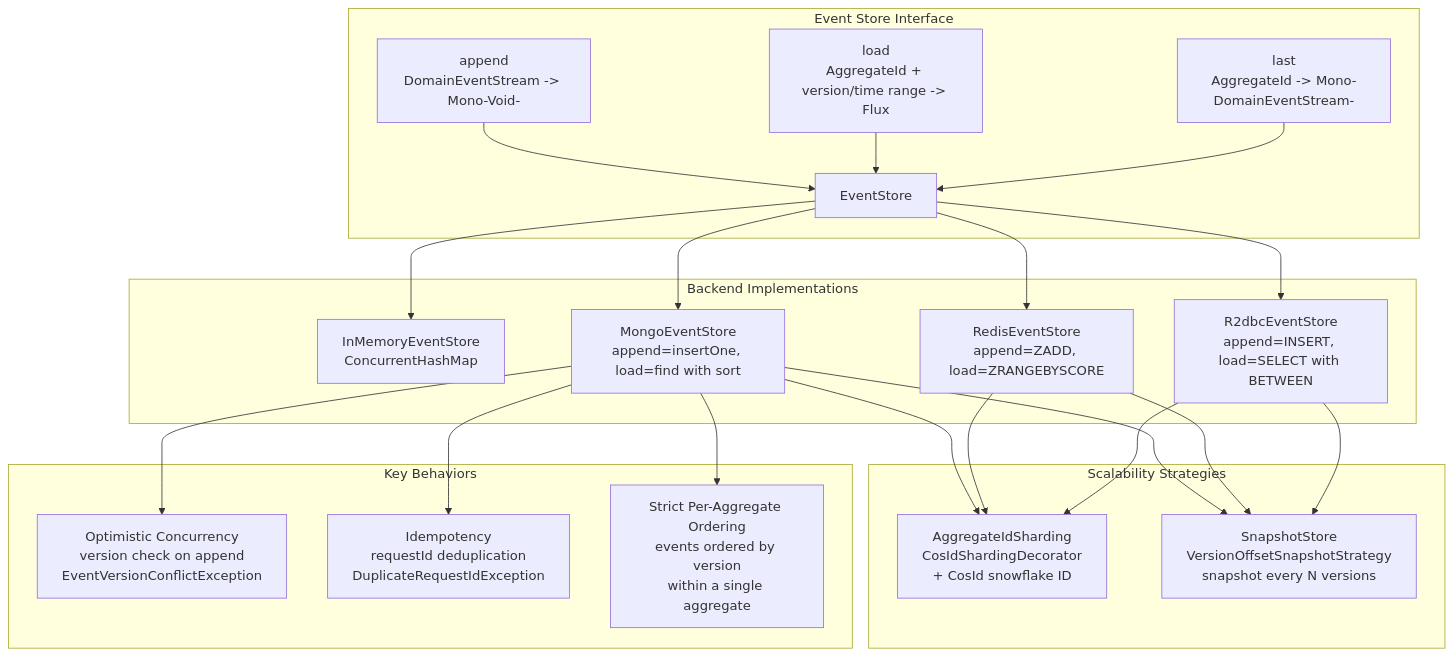
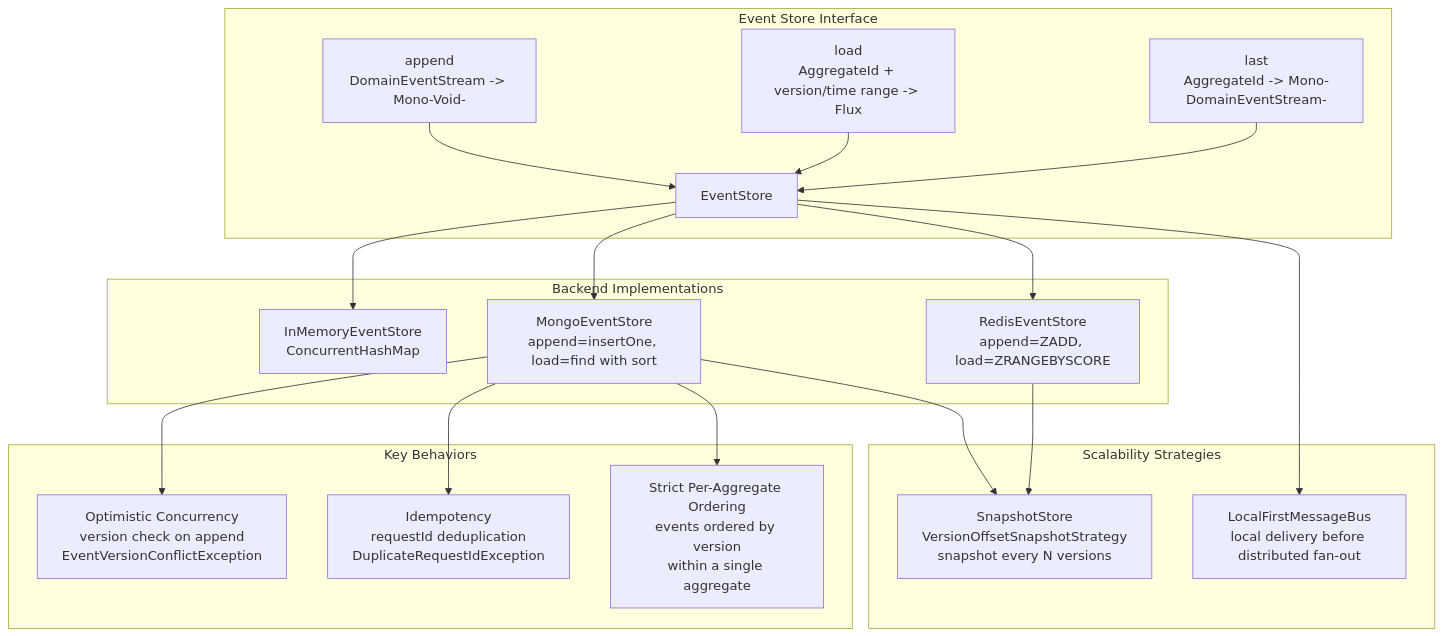
Before and after one commit to Ahoo-Wang/Wow: the fourth of 4 diagrams in documentation/docs/en/onboarding/staff-engineer-guide.md, drawn with Mermaid. The commit also changed other lines of this file and 92 other files, not shown here.

Commit message:
refactor: remove r2dbc and core sharding

````diff
--- a/documentation/docs/en/onboarding/staff-engineer-guide.md
+++ b/documentation/docs/en/onboarding/staff-engineer-guide.md
@@ -498,45 +488,40 @@
 ```mermaid
 flowchart TB
     subgraph "Event Store Interface"
         ESI[EventStore]
         API_A[append<br>DomainEventStream -> Mono-Void-]
         API_L[load<br>AggregateId + version/time range -> Flux]
         API_S[last<br>AggregateId -> Mono-DomainEventStream-]
     end
 
     subgraph "Backend Implementations"
         IM[InMemoryEventStore<br>ConcurrentHashMap]
         MONGO_ES[MongoEventStore<br>append=insertOne, load=find with sort]
         REDIS_ES[RedisEventStore<br>append=ZADD, load=ZRANGEBYSCORE]
-        R2DBC_ES[R2dbcEventStore<br>append=INSERT, load=SELECT with BETWEEN]
     end
 
     subgraph "Scalability Strategies"
-        SHARD[AggregateIdSharding<br>CosIdShardingDecorator<br>+ CosId snowflake ID]
         SNAP[SnapshotStore<br>VersionOffsetSnapshotStrategy<br>snapshot every N versions]
+        FANOUT[LocalFirstMessageBus<br>local delivery before distributed fan-out]
     end
 
     subgraph "Key Behaviors"
         OPT[Optimistic Concurrency<br>version check on append<br>EventVersionConflictException]
         IDEM[Idempotency<br>requestId deduplication<br>DuplicateRequestIdException]
         ORD[Strict Per-Aggregate Ordering<br>events ordered by version<br>within a single aggregate]
     end
 
     API_A --> ESI
     API_L --> ESI
     API_S --> ESI
     ESI --> IM
     ESI --> MONGO_ES
     ESI --> REDIS_ES
-    ESI --> R2DBC_ES
-    MONGO_ES --> SHARD
-    REDIS_ES --> SHARD
-    R2DBC_ES --> SHARD
     MONGO_ES --> SNAP
     REDIS_ES --> SNAP
-    R2DBC_ES --> SNAP
+    ESI --> FANOUT
     MONGO_ES --> OPT
     MONGO_ES --> IDEM
     MONGO_ES --> ORD
 
 ```
````
